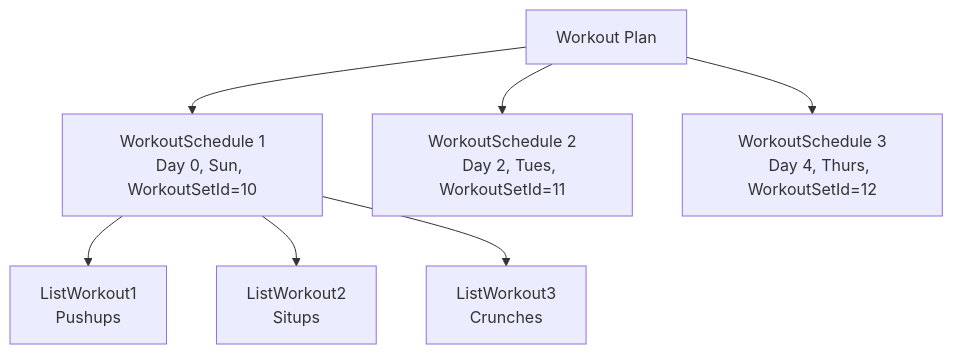
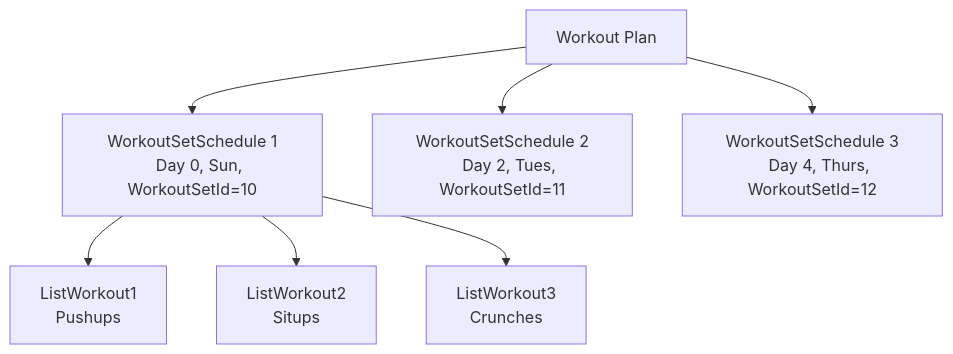
One commit to Krebnarb/fitgpt changed the second of 4 diagrams in README.md. Above: the diagram before and after it, drawn with Mermaid. The commit also changed 6 other files, not shown here.

Commit message:
feat: adds user entity; updates schema

````diff
--- a/README.md
+++ b/README.md
@@ -99,16 +99,16 @@
 ```mermaid
 graph TD
     A[Workout Plan]
-    A --> B[WorkoutSchedule 1
+    A --> B[WorkoutSetSchedule 1
     Day 0, Sun, WorkoutSetId=10] 
-    A --> C[WorkoutSchedule 2
+    A --> C[WorkoutSetSchedule 2
     Day 2, Tues, WorkoutSetId=11]
-    A --> D[WorkoutSchedule 3
+    A --> D[WorkoutSetSchedule 3
     Day 4, Thurs, WorkoutSetId=12]
     B -->E[ListWorkout1
     Pushups]
     B -->F[ListWorkout2
     Situps]
     B -->G[ListWorkout3
     Crunches]
 ```
````
